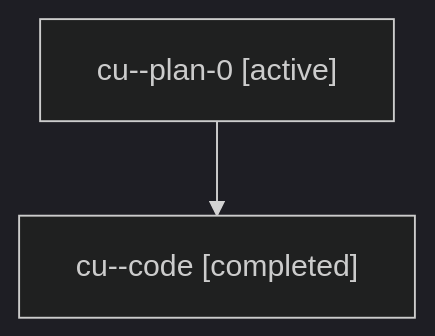
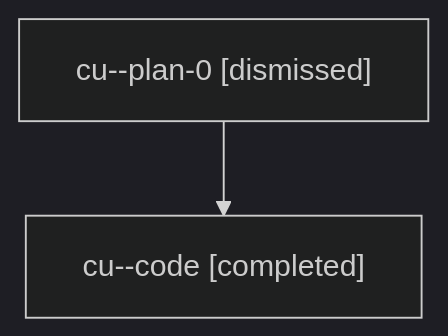
One commit to sase-org/sase--agents changed the diagram in sessions/bbugyi200.athena.cu.md. Above: the diagram before and after it, drawn with Mermaid (dark theme). The commit also changed other lines of this file and 12 other files, not shown here.

````diff
--- a/sessions/bbugyi200.athena.cu.md
+++ b/sessions/bbugyi200.athena.cu.md
@@ -9,6 +9,6 @@
 ```mermaid
 flowchart TD
-  n0["cu--plan-0 [active]"]
+  n0["cu--plan-0 [dismissed]"]
   n1["cu--code [completed]"]
   n0 --> n1
 ```
````
